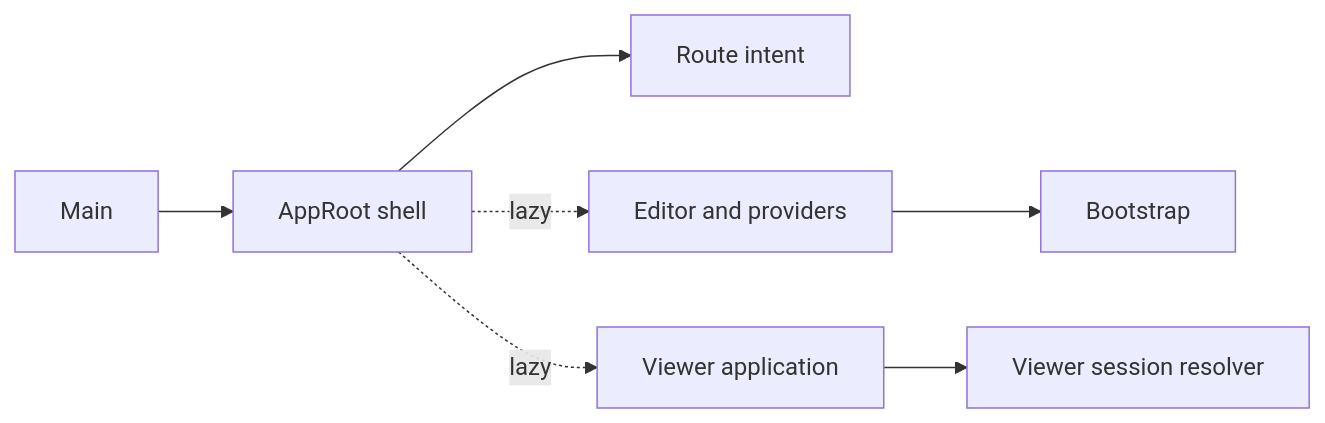
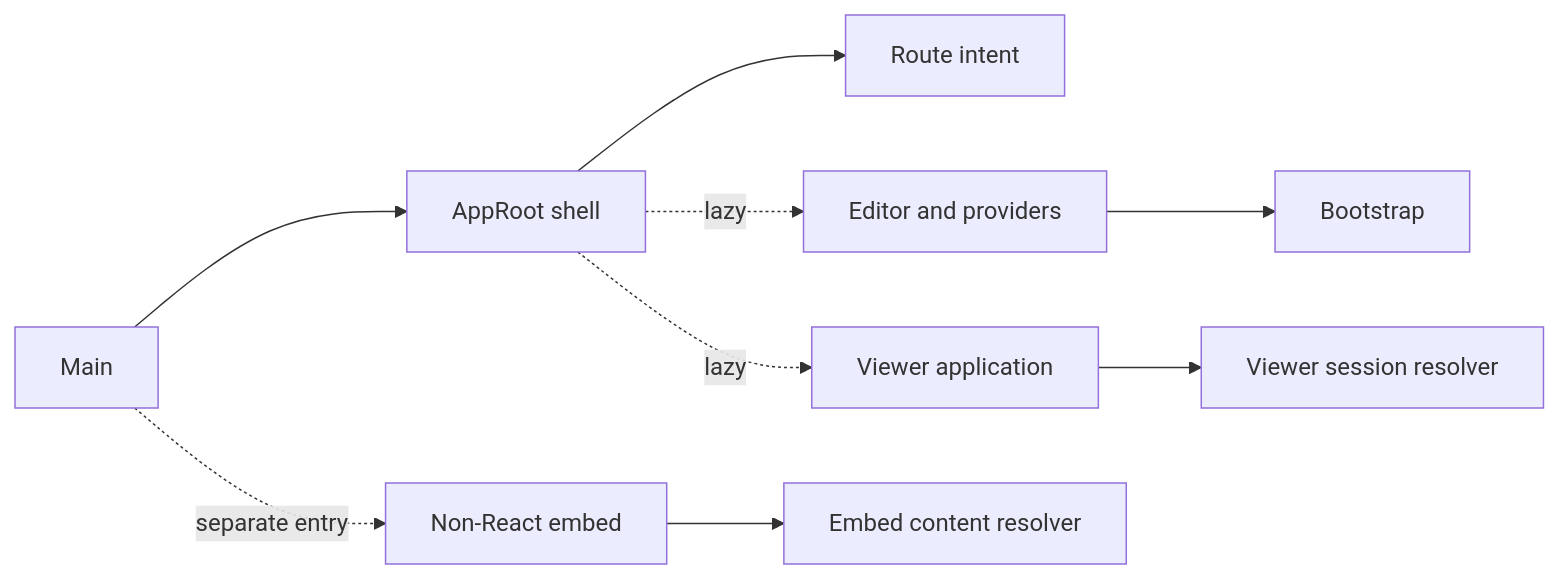
The first of 2 diagrams in docs/development/reference/project-structure.md (LasVegasForTransit/transit-mapper), drawn with Mermaid before and after one commit. The commit also changed other lines of this file and 2 other files, not shown here.

First line of the commit message:
chore: Document the reusable View architecture

````diff
--- a/docs/development/reference/project-structure.md
+++ b/docs/development/reference/project-structure.md
@@ -238,9 +243,11 @@
 ```mermaid
 flowchart LR
   Main --> Root[AppRoot shell]
   Root --> Intent[Route intent]
   Root -. lazy .-> Editor[Editor and providers]
   Root -. lazy .-> Viewer[Viewer application]
+  Main -. separate entry .-> Embed[Non-React embed]
   Editor --> Bootstrap[Bootstrap]
   Viewer --> Session[Viewer session resolver]
+  Embed --> EmbedSession[Embed content resolver]
 ```
````
